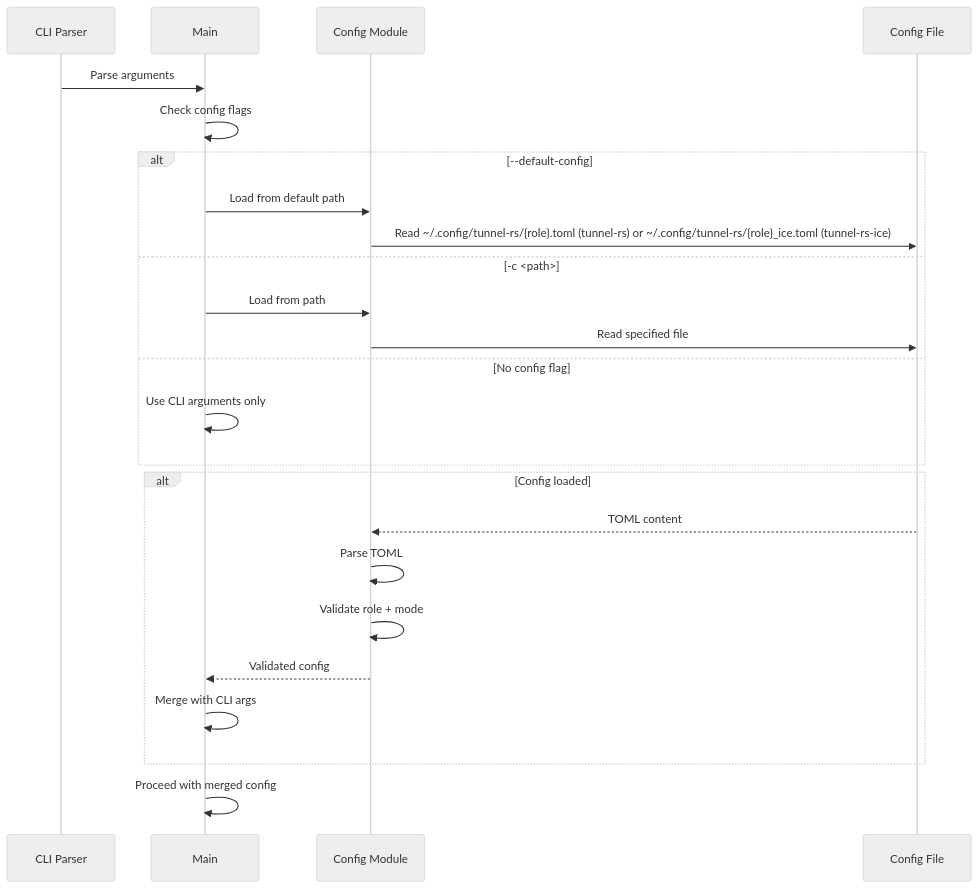
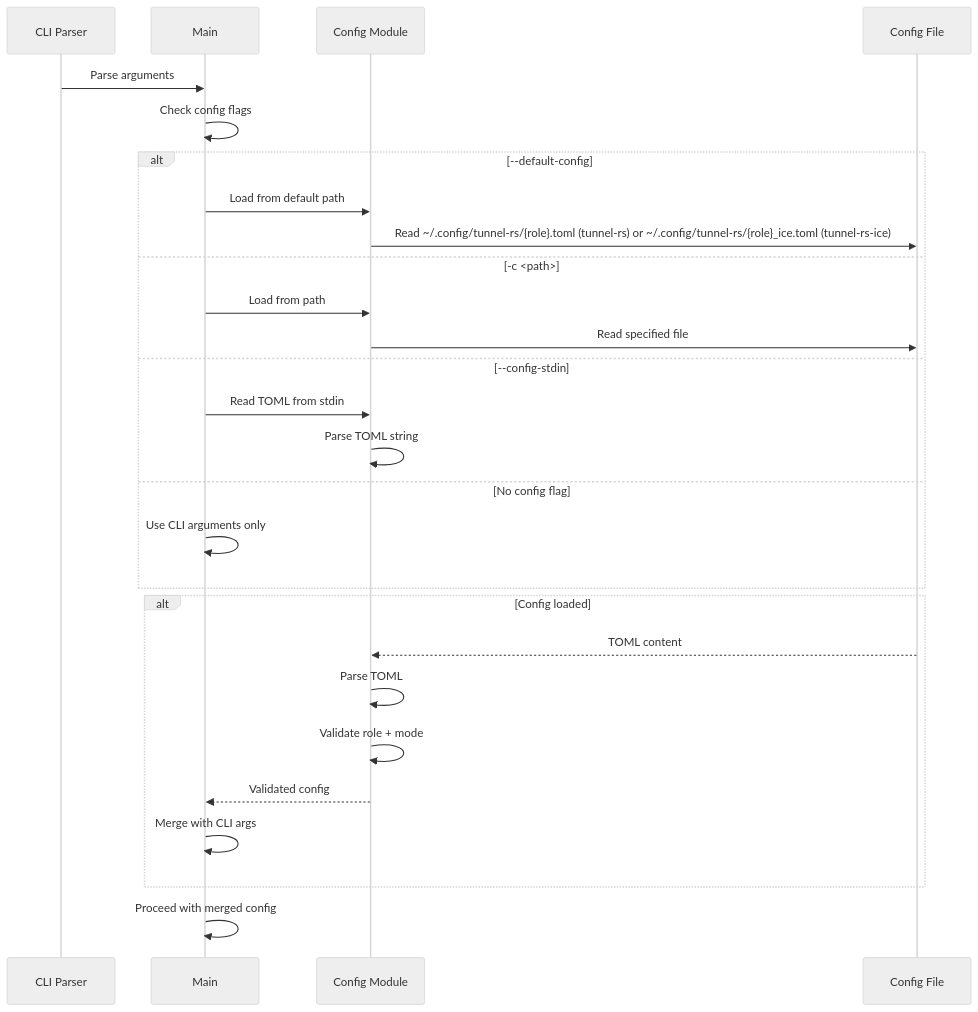
Before and after one commit to andrewtheguy/tunnel-rs: diagram 11 of 23 in docs/ARCHITECTURE.md, drawn with Mermaid (neutral theme). The commit also changed 2 other files, not shown here.

Commit message:
feat: add --config-stdin option to read TOML config from stdin in server and client modes

````diff
--- a/docs/ARCHITECTURE.md
+++ b/docs/ARCHITECTURE.md
@@ -518,30 +518,33 @@
 ```mermaid
 sequenceDiagram
     participant CLI as CLI Parser
     participant Main as Main
     participant Config as Config Module
     participant File as Config File
     
     CLI->>Main: Parse arguments
     Main->>Main: Check config flags
     
     alt --default-config
         Main->>Config: Load from default path
         Config->>File: Read ~/.config/tunnel-rs/{role}.toml (tunnel-rs) or ~/.config/tunnel-rs/{role}_ice.toml (tunnel-rs-ice)
     else -c <path>
         Main->>Config: Load from path
         Config->>File: Read specified file
+    else --config-stdin
+        Main->>Config: Read TOML from stdin
+        Config->>Config: Parse TOML string
     else No config flag
         Main->>Main: Use CLI arguments only
     end
     
     alt Config loaded
         File-->>Config: TOML content
         Config->>Config: Parse TOML
         Config->>Config: Validate role + mode
         Config-->>Main: Validated config
         Main->>Main: Merge with CLI args
     end
     
     Main->>Main: Proceed with merged config
 ```
````
